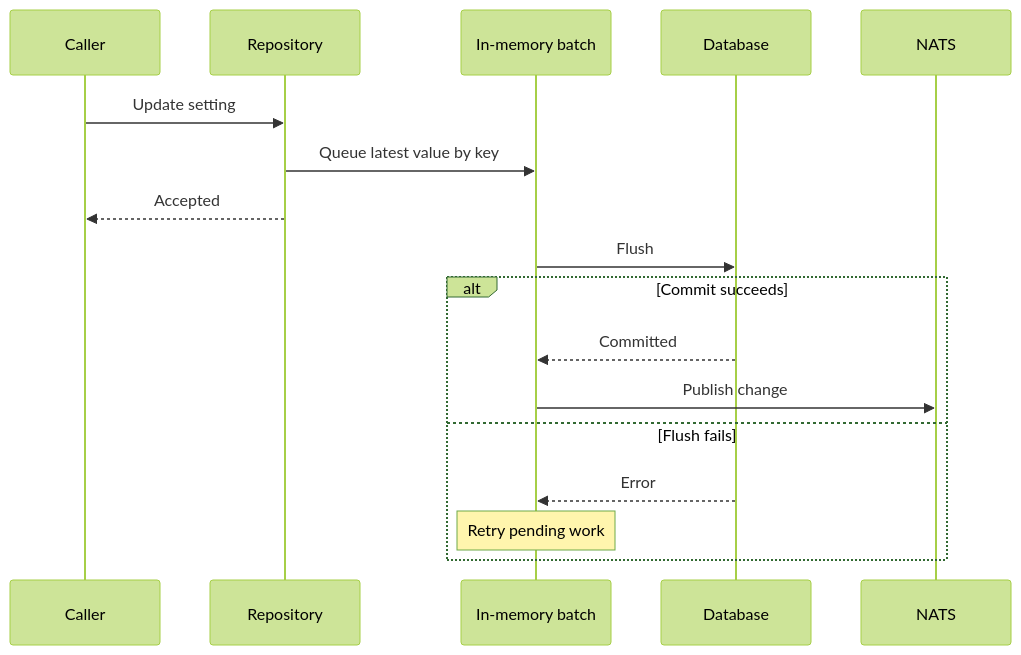
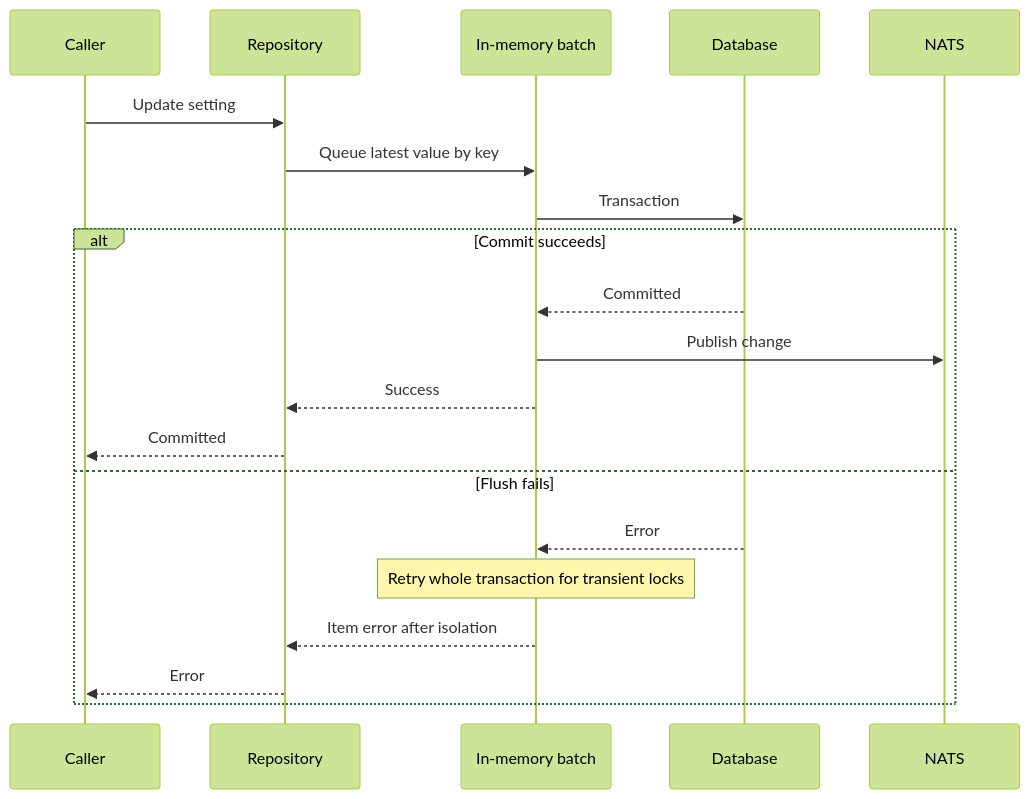
Before and after one commit to AdamOusmer/ItsBagelBot: the diagram in web/docs/src/content/docs/data-and-state/caching.md, drawn with Mermaid (forest theme). The commit also changed other lines of this file and 44 other files, not shown here.

````diff
--- a/web/docs/src/content/docs/data-and-state/caching.md
+++ b/web/docs/src/content/docs/data-and-state/caching.md
@@ -17,19 +17,22 @@
 ```mermaid
 sequenceDiagram
     participant C as Caller
     participant R as Repository
     participant B as In-memory batch
     participant D as Database
     participant N as NATS
     C->>R: Update setting
     R->>B: Queue latest value by key
-    R-->>C: Accepted
-    B->>D: Flush
+    B->>D: Transaction
     alt Commit succeeds
         D-->>B: Committed
         B->>N: Publish change
+        B-->>R: Success
+        R-->>C: Committed
     else Flush fails
         D-->>B: Error
-        Note over B: Retry pending work
+        Note over B: Retry whole transaction for transient locks
+        B-->>R: Item error after isolation
+        R-->>C: Error
     end
 ```
````
